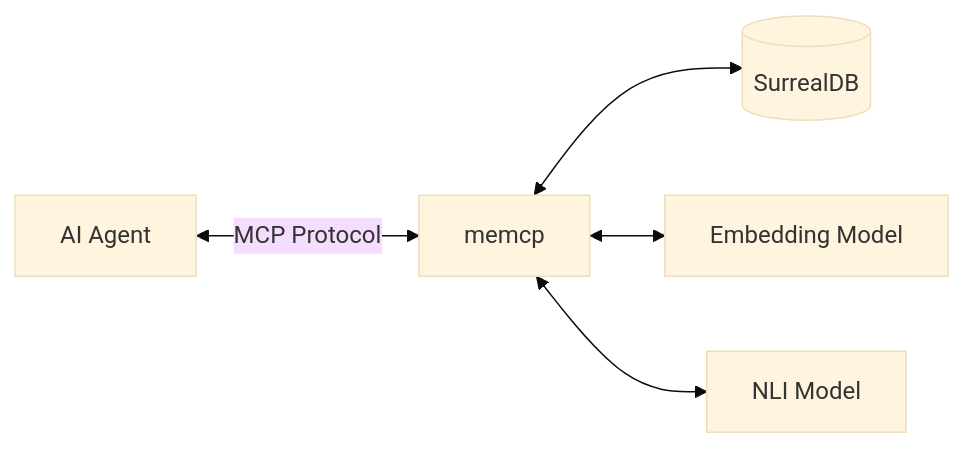
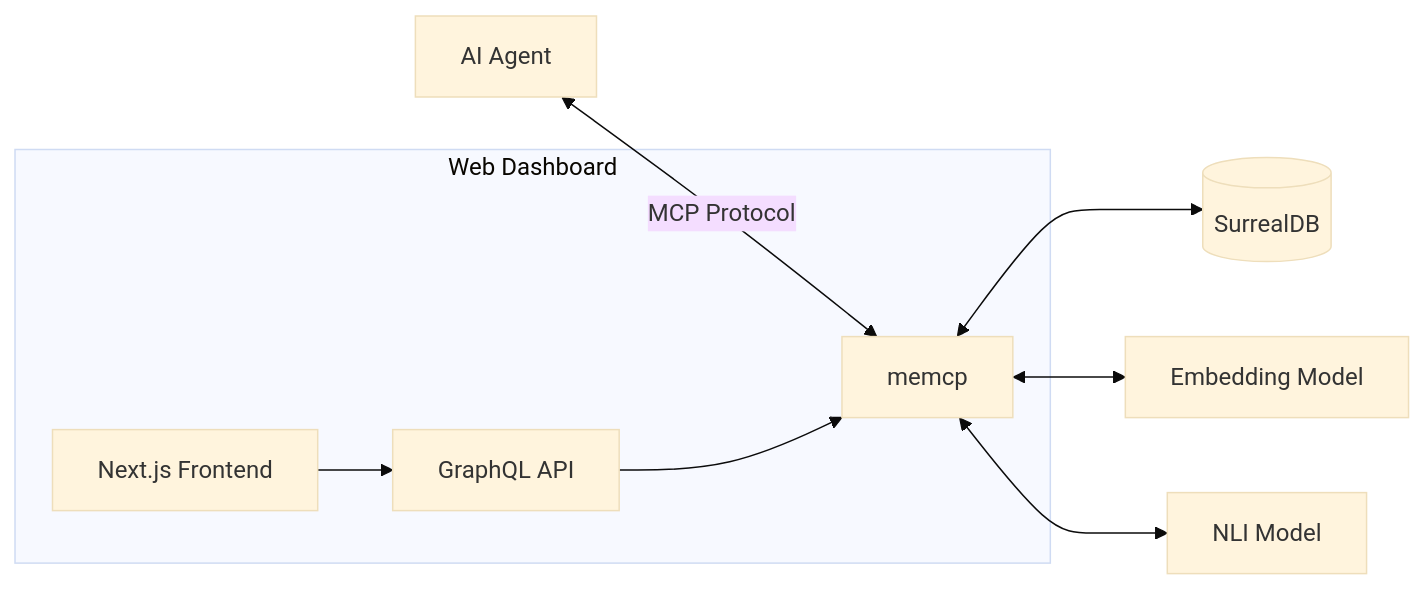
The first of 2 diagrams in README.md (raphi011/knowhow), drawn with Mermaid (base theme) before and after one commit. The commit also changed other lines of this file, not shown here.

````diff
--- a/README.md
+++ b/README.md
@@ -7,7 +7,12 @@
 ```mermaid
 graph LR
     Agent[AI Agent] <-->|MCP Protocol| Server[memcp]
     Server <--> DB[(SurrealDB)]
     Server <--> Embed[Embedding Model]
     Server <--> NLI[NLI Model]
+
+    subgraph Web Dashboard
+        API[GraphQL API] --> Server
+        UI[Next.js Frontend] --> API
+    end
 ```
````
